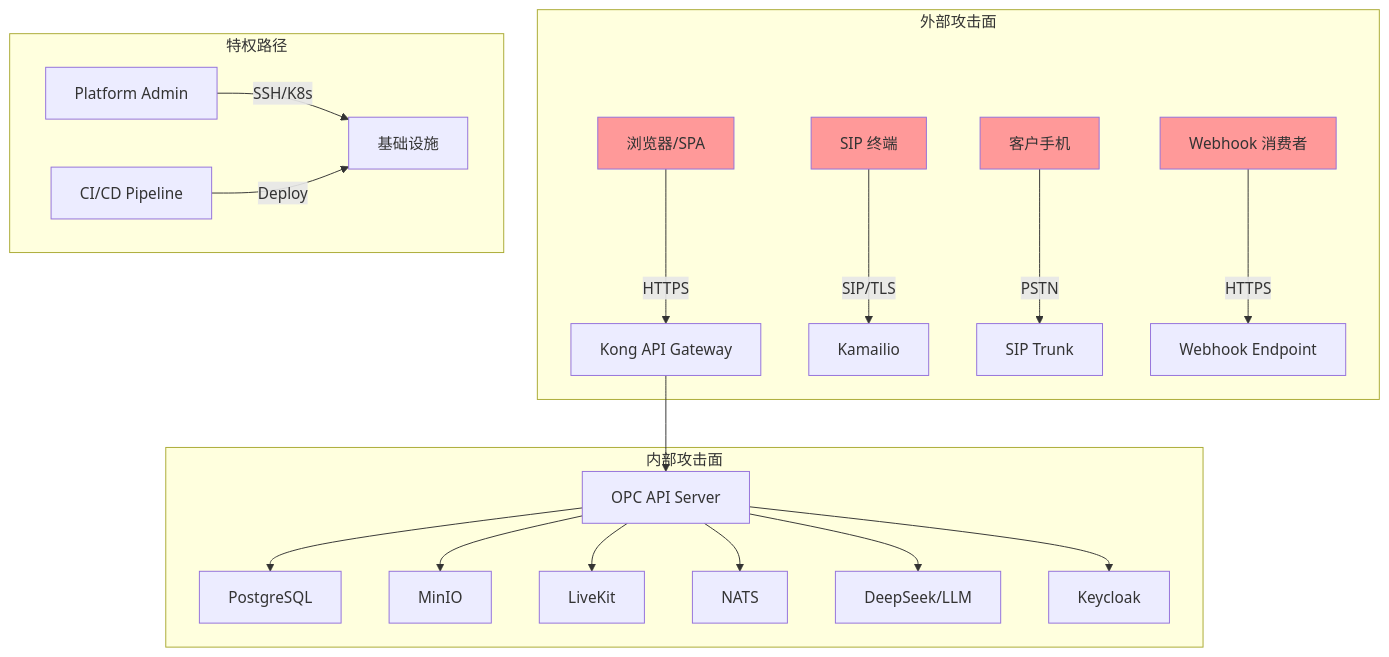
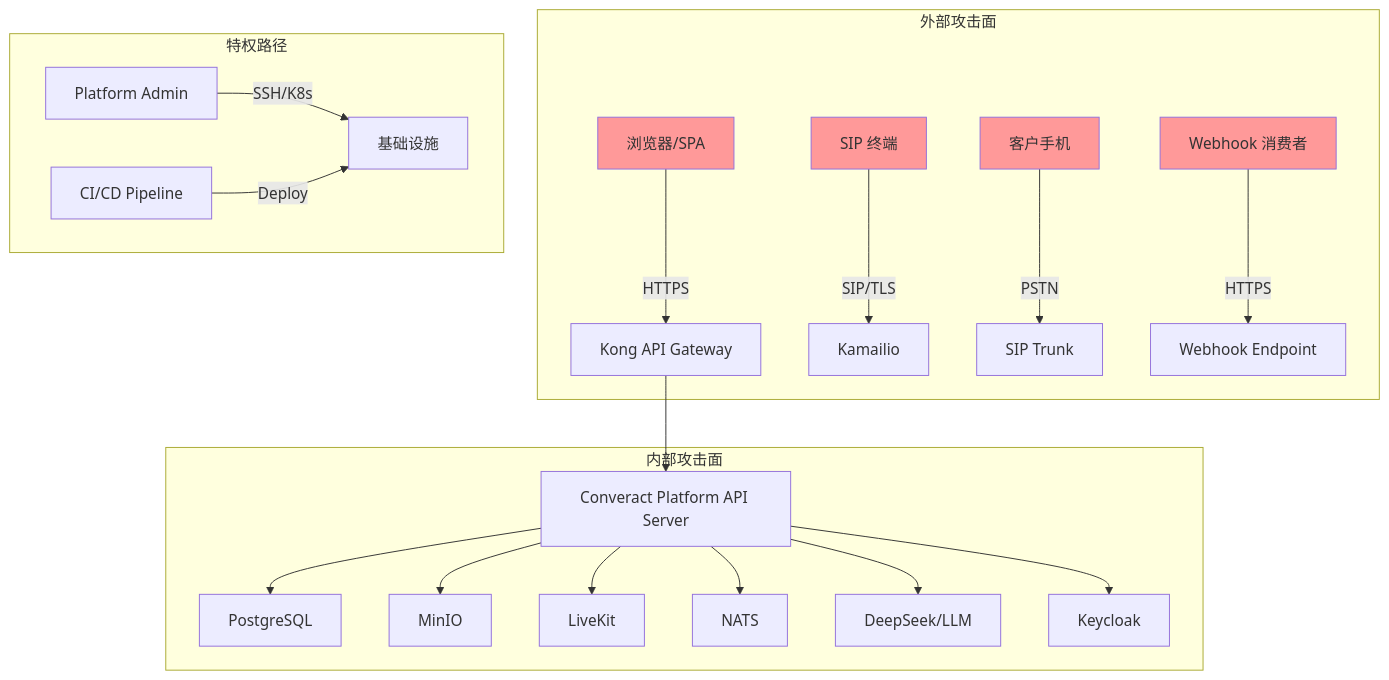
Before and after one commit to songgoldenwind-crypto/converact-platform: the first of 11 diagrams in docs/design/security-design.md, drawn with Mermaid. The commit also changed other lines of this file and 1807 other files, not shown here.

````diff
--- a/docs/design/security-design.md
+++ b/docs/design/security-design.md
@@ -87,29 +87,29 @@
 ```mermaid
 graph TD
     subgraph 外部攻击面
         A[浏览器/SPA] -->|HTTPS| B[Kong API Gateway]
         C[SIP 终端] -->|SIP/TLS| D[Kamailio]
         E[客户手机] -->|PSTN| F[SIP Trunk]
         G[Webhook 消费者] -->|HTTPS| H[Webhook Endpoint]
     end
 
     subgraph 内部攻击面
-        B --> I[OPC API Server]
+        B --> I[Converact Platform API Server]
         I --> J[PostgreSQL]
         I --> K[MinIO]
         I --> L[LiveKit]
         I --> M[NATS]
         I --> N[DeepSeek/LLM]
         I --> O[Keycloak]
     end
 
     subgraph 特权路径
         P[Platform Admin] -->|SSH/K8s| Q[基础设施]
         R[CI/CD Pipeline] -->|Deploy| Q
     end
 
     style A fill:#ff9999
     style C fill:#ff9999
     style E fill:#ff9999
     style G fill:#ff9999
 ```
````
